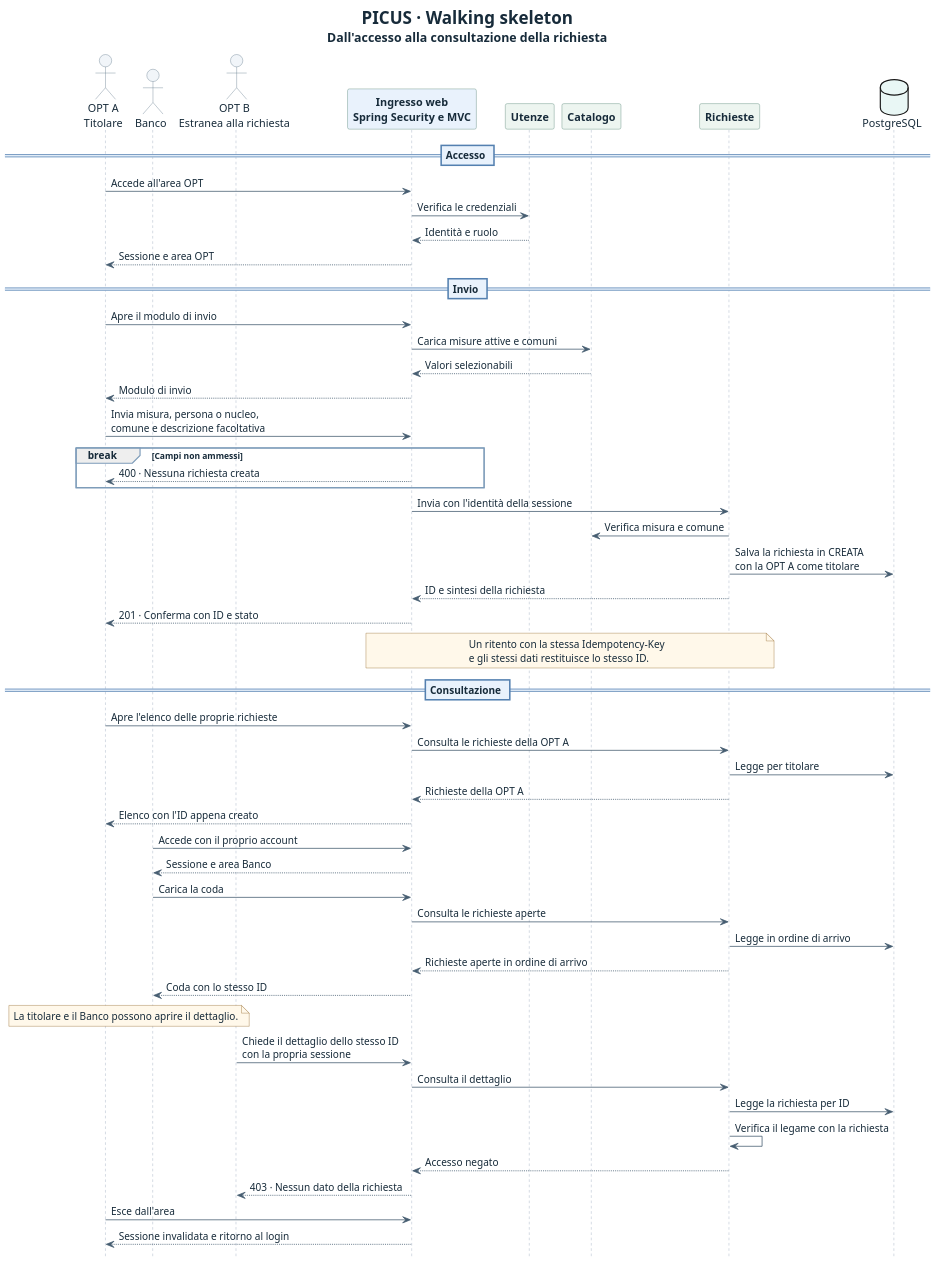
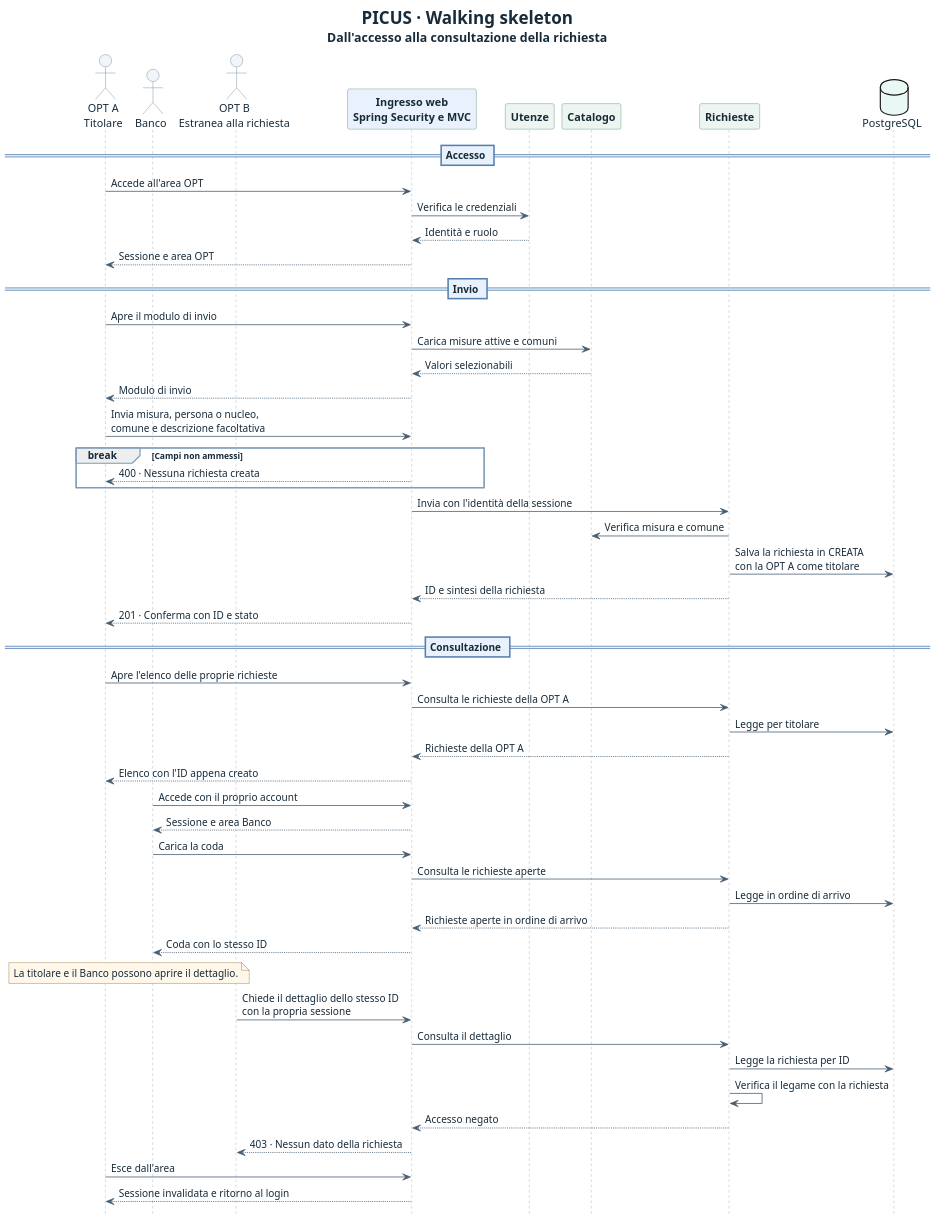
Before and after one commit to Pinguini-alla-Fragola/Progetto-SAD: the diagram in docs/architecture/diagrams/PICUS-Walking-Skeleton.puml, drawn with PlantUML. The commit also changed 2 other files, not shown here.

Commit message:
docs(architecture): rimuove la nota sul ritento

```diff
--- a/docs/architecture/diagrams/PICUS-Walking-Skeleton.puml
+++ b/docs/architecture/diagrams/PICUS-Walking-Skeleton.puml
@@ -1,90 +1,86 @@
 @startuml PICUS-Walking-Skeleton
 ' Flusso della demo su main al commit f1242eb, limitato allo Sprint 2.
 hide footbox
 skinparam shadowing false
 skinparam defaultFontName Arial
 skinparam defaultFontColor #172B3A
 skinparam dpi 140
 
 skinparam sequence {
   ArrowColor #465D71
   LifeLineBorderColor #94A3B8
   ActorBorderColor #60768A
   ActorBackgroundColor #F1F5F9
   ParticipantBorderColor #568573
   ParticipantBackgroundColor #EDF5F0
   ParticipantFontStyle bold
   DividerBackgroundColor #E9F2FC
   DividerBorderColor #5480B0
   GroupBorderColor #7C9BB9
 }
 
 skinparam note {
   BackgroundColor #FFF8EA
   BorderColor #946728
 }
 
 title <size:22><b>PICUS · Walking skeleton</b></size>\n<size:16>Dall'accesso alla consultazione della richiesta</size>
 
 actor "OPT A\nTitolare" as Opt
 actor "Banco" as Banco
 actor "OPT B\nEstranea alla richiesta" as Estranea
 participant "Ingresso web\nSpring Security e MVC" as Web #E9F2FC
 participant "Utenze" as Utenze
 participant "Catalogo" as Catalogo
 participant "Richieste" as Richieste
 database "PostgreSQL" as Db #E9F7F5
 
 == Accesso ==
 Opt -> Web: Accede all'area OPT
 Web -> Utenze: Verifica le credenziali
 Utenze --> Web: Identità e ruolo
 Web --> Opt: Sessione e area OPT
 
 == Invio ==
 Opt -> Web: Apre il modulo di invio
 Web -> Catalogo: Carica misure attive e comuni
 Catalogo --> Web: Valori selezionabili
 Web --> Opt: Modulo di invio
 Opt -> Web: Invia misura, persona o nucleo,\ncomune e descrizione facoltativa
 break Campi non ammessi
   Web --> Opt: 400 · Nessuna richiesta creata
 end
 Web -> Richieste: Invia con l'identità della sessione
 Richieste -> Catalogo: Verifica misura e comune
 Richieste -> Db: Salva la richiesta in CREATA\ncon la OPT A come titolare
 Richieste --> Web: ID e sintesi della richiesta
 Web --> Opt: 201 · Conferma con ID e stato
-note over Web, Richieste
-  Un ritento con la stessa Idempotency-Key
-  e gli stessi dati restituisce lo stesso ID.
-end note
 
 == Consultazione ==
 Opt -> Web: Apre l'elenco delle proprie richieste
 Web -> Richieste: Consulta le richieste della OPT A
 Richieste -> Db: Legge per titolare
 Richieste --> Web: Richieste della OPT A
 Web --> Opt: Elenco con l'ID appena creato
 
 Banco -> Web: Accede con il proprio account
 Web --> Banco: Sessione e area Banco
 Banco -> Web: Carica la coda
 Web -> Richieste: Consulta le richieste aperte
 Richieste -> Db: Legge in ordine di arrivo
 Richieste --> Web: Richieste aperte in ordine di arrivo
 Web --> Banco: Coda con lo stesso ID
 
 note over Opt, Banco
   La titolare e il Banco possono aprire il dettaglio.
 end note
 Estranea -> Web: Chiede il dettaglio dello stesso ID\ncon la propria sessione
 Web -> Richieste: Consulta il dettaglio
 Richieste -> Db: Legge la richiesta per ID
 Richieste -> Richieste: Verifica il legame con la richiesta
 Richieste --> Web: Accesso negato
 Web --> Estranea: 403 · Nessun dato della richiesta
 
 Opt -> Web: Esce dall'area
 Web --> Opt: Sessione invalidata e ritorno al login
 @enduml
```
